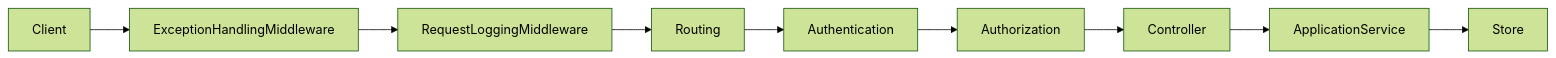
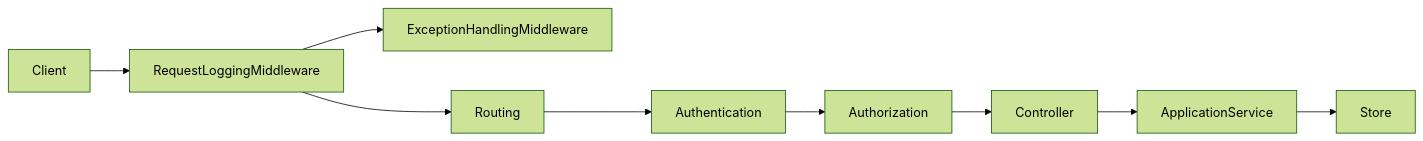
The diagram in docs/request-pipeline.mmd (gsudharshan2002/EmployeeMgmt), drawn with Mermaid (forest theme) before and after one commit. The commit also changed 19 other files, not shown here.

```diff
--- a/docs/request-pipeline.mmd
+++ b/docs/request-pipeline.mmd
@@ -1,9 +1,9 @@
 flowchart LR
-    Client --> ExceptionHandlingMiddleware
-    ExceptionHandlingMiddleware --> RequestLoggingMiddleware
+    Client --> RequestLoggingMiddleware
+    RequestLoggingMiddleware --> ExceptionHandlingMiddleware
     RequestLoggingMiddleware --> Routing
     Routing --> Authentication
     Authentication --> Authorization
     Authorization --> Controller
     Controller --> ApplicationService
     ApplicationService --> Store
```
